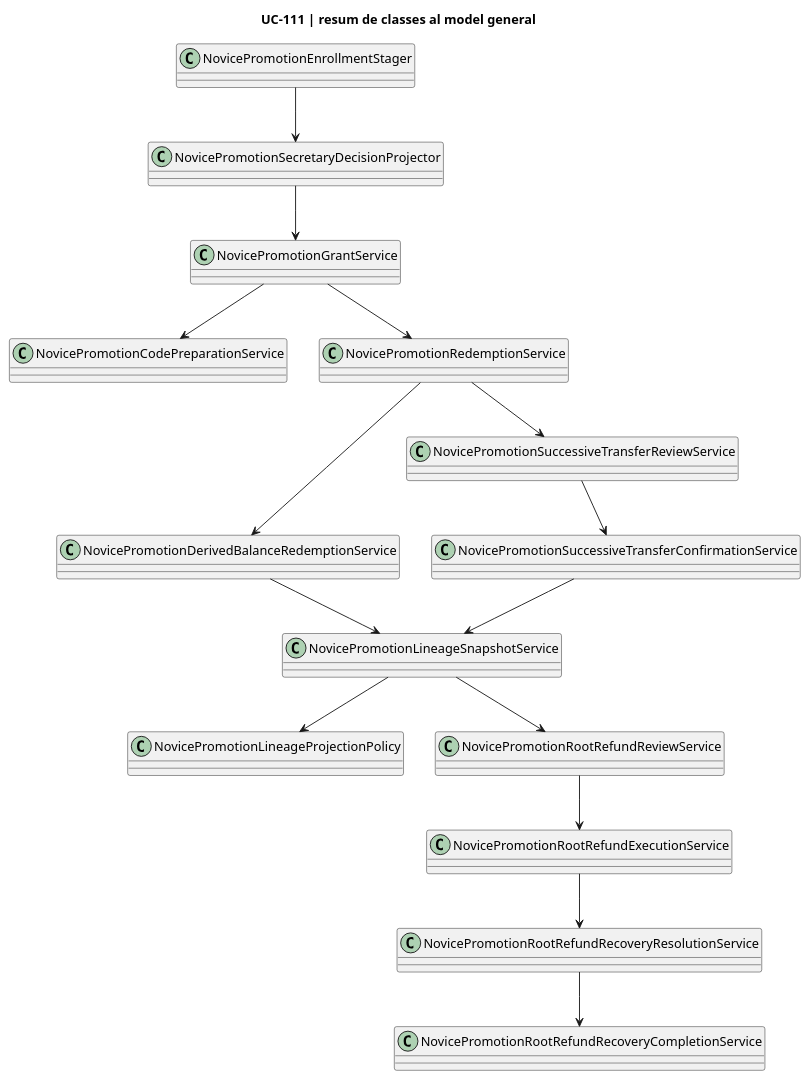
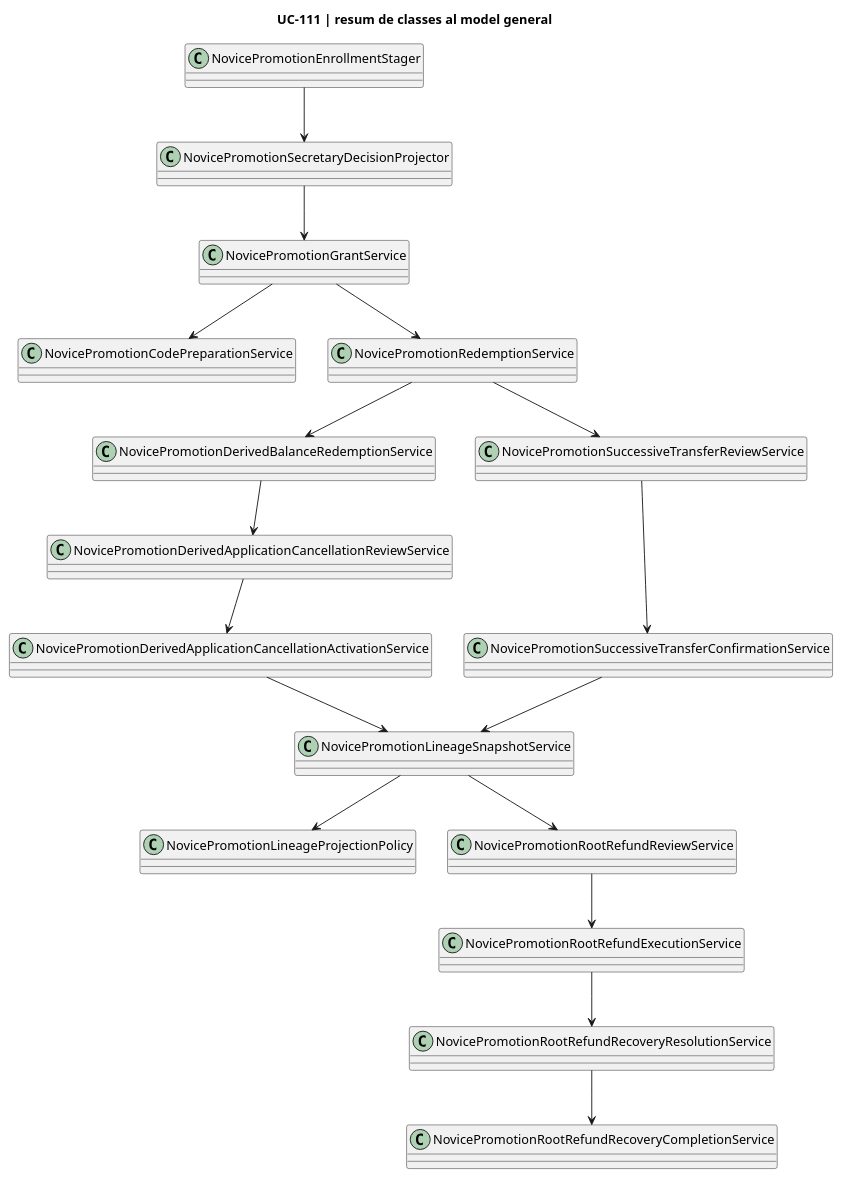
Diagram 20 of 20 in documentacio/04-estat-final/31-diagrames-classes-sif.md (orgmeriemprismacat-del/verifactu), drawn with PlantUML before and after one commit. The commit also changed other lines of this file, not shown here.

Commit message:
docs SIF classes: include UC-111 derived-application cancellation child activation

````diff
--- a/documentacio/04-estat-final/31-diagrames-classes-sif.md
+++ b/documentacio/04-estat-final/31-diagrames-classes-sif.md
@@ -1325,34 +1325,38 @@
 ```plantuml
 @startuml
 title UC-111 | resum de classes al model general
 class NovicePromotionEnrollmentStager
 class NovicePromotionSecretaryDecisionProjector
 class NovicePromotionGrantService
 class NovicePromotionCodePreparationService
 class NovicePromotionRedemptionService
 class NovicePromotionDerivedBalanceRedemptionService
+class NovicePromotionDerivedApplicationCancellationReviewService
+class NovicePromotionDerivedApplicationCancellationActivationService
 class NovicePromotionSuccessiveTransferReviewService
 class NovicePromotionSuccessiveTransferConfirmationService
 class NovicePromotionLineageSnapshotService
 class NovicePromotionLineageProjectionPolicy
 class NovicePromotionRootRefundReviewService
 class NovicePromotionRootRefundExecutionService
 class NovicePromotionRootRefundRecoveryResolutionService
 class NovicePromotionRootRefundRecoveryCompletionService
 
 NovicePromotionEnrollmentStager --> NovicePromotionSecretaryDecisionProjector
 NovicePromotionSecretaryDecisionProjector --> NovicePromotionGrantService
 NovicePromotionGrantService --> NovicePromotionCodePreparationService
 NovicePromotionGrantService --> NovicePromotionRedemptionService
 NovicePromotionRedemptionService --> NovicePromotionSuccessiveTransferReviewService
 NovicePromotionRedemptionService --> NovicePromotionDerivedBalanceRedemptionService
+NovicePromotionDerivedBalanceRedemptionService --> NovicePromotionDerivedApplicationCancellationReviewService
+NovicePromotionDerivedApplicationCancellationReviewService --> NovicePromotionDerivedApplicationCancellationActivationService
+NovicePromotionDerivedApplicationCancellationActivationService --> NovicePromotionLineageSnapshotService
 NovicePromotionSuccessiveTransferReviewService --> NovicePromotionSuccessiveTransferConfirmationService
-NovicePromotionDerivedBalanceRedemptionService --> NovicePromotionLineageSnapshotService
 NovicePromotionSuccessiveTransferConfirmationService --> NovicePromotionLineageSnapshotService
 NovicePromotionLineageSnapshotService --> NovicePromotionLineageProjectionPolicy
 NovicePromotionLineageSnapshotService --> NovicePromotionRootRefundReviewService
 NovicePromotionRootRefundReviewService --> NovicePromotionRootRefundExecutionService
 NovicePromotionRootRefundExecutionService --> NovicePromotionRootRefundRecoveryResolutionService
 NovicePromotionRootRefundRecoveryResolutionService --> NovicePromotionRootRefundRecoveryCompletionService
 @enduml
 ```
````
